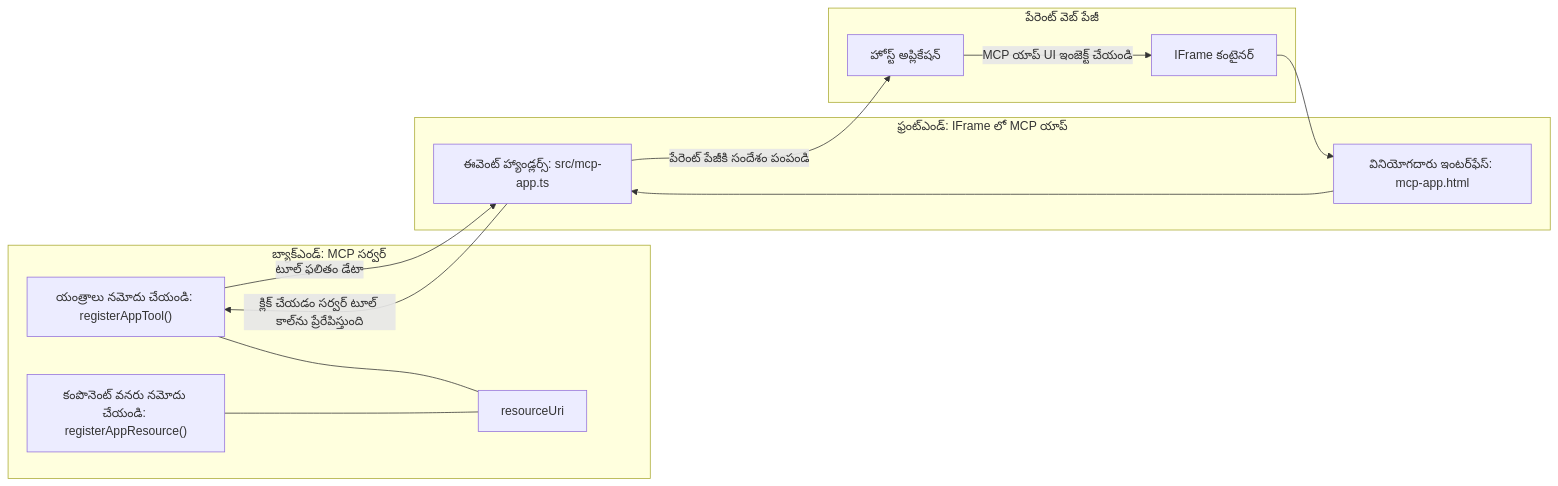
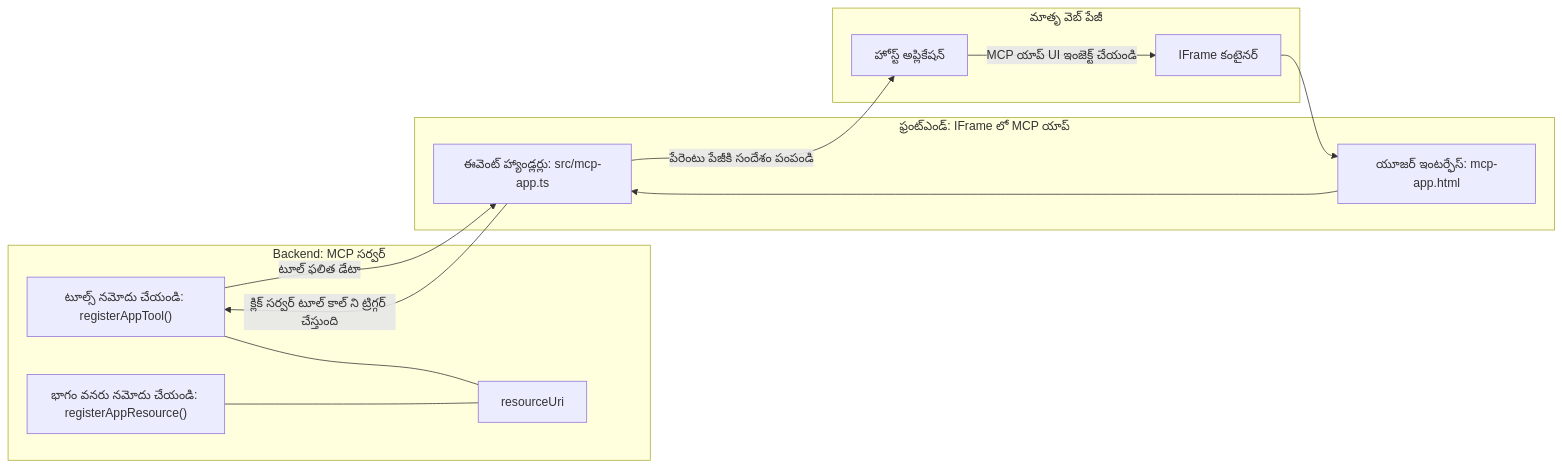
One commit to HIDORAKAI002/ai-workspace-archive changed the diagram in mcp_ecosystem__model_context_protocol/mcp_learning_resources/mcp-for-beginners/translations/te/03-GettingStarted/15-mcp-apps/README.md. Above: the diagram before and after it, drawn with Mermaid. The commit also changed other lines of this file and 1160 other files, not shown here.

````diff
--- a/mcp_ecosystem__model_context_protocol/mcp_learning_resources/mcp-for-beginners/translations/te/03-GettingStarted/15-mcp-apps/README.md
+++ b/mcp_ecosystem__model_context_protocol/mcp_learning_resources/mcp-for-beginners/translations/te/03-GettingStarted/15-mcp-apps/README.md
@@ -32,27 +32,27 @@
 ```mermaid
 flowchart LR
-  subgraph Backend[బ్యాక్‌ఎండ్: MCP సర్వర్]
-    T["యంత్రాలు నమోదు చేయండి: registerAppTool()"]
-    C["కంపొనెంట్ వనరు నమోదు చేయండి: registerAppResource()"]
+  subgraph Backend[Backend: MCP సర్వర్]
+    T["టూల్స్ నమోదు చేయండి: registerAppTool()"]
+    C["భాగం వనరు నమోదు చేయండి: registerAppResource()"]
     U[resourceUri]
     T --- U
     C --- U
   end
 
-  subgraph Parent[పేరెంట్ వెబ్ పేజీ]
+  subgraph Parent[మాతృ వెబ్ పేజీ]
     H[హోస్ట్ అప్లికేషన్]
     IFRAME[IFrame కంటైనర్]
     H -->|MCP యాప్ UI ఇంజెక్ట్ చేయండి| IFRAME
   end
 
   subgraph Frontend[ఫ్రంట్‌ఎండ్: IFrame లో MCP యాప్]
-    UI["వినియోగదారు ఇంటర్‌ఫేస్: mcp-app.html"]
-    EH["ఈవెంట్ హ్యాండ్లర్స్: src/mcp-app.ts"]
+    UI["యూజర్ ఇంటర్ఫేస్: mcp-app.html"]
+    EH["ఈవెంట్ హ్యాండ్లర్లు: src/mcp-app.ts"]
     UI --> EH
   end
 
   IFRAME --> UI
-  EH -->|క్లిక్ చేయడం సర్వర్ టూల్ కాల్‌ను ప్రేరేపిస్తుంది| T
-  T -->|టూల్ ఫలితం డేటా| EH
-  EH -->|పేరెంట్ పేజీకి సందేశం పంపండి| H
-```  
+  EH -->|క్లిక్ సర్వర్ టూల్ కాల్ ని ట్రిగ్గర్ చేస్తుంది| T
+  T -->|టూల్ ఫలిత డేటా| EH
+  EH -->|పేరెంటు పేజీకి సందేశం పంపండి| H
+```
````
